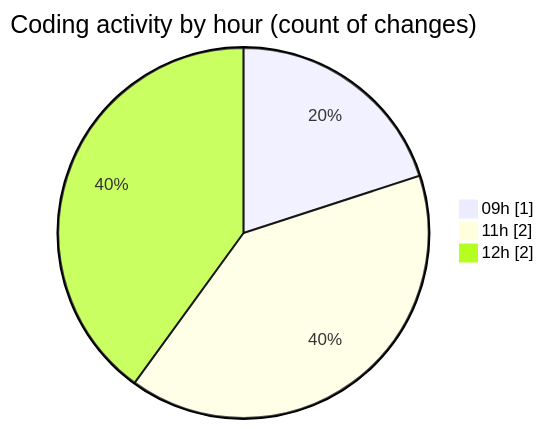
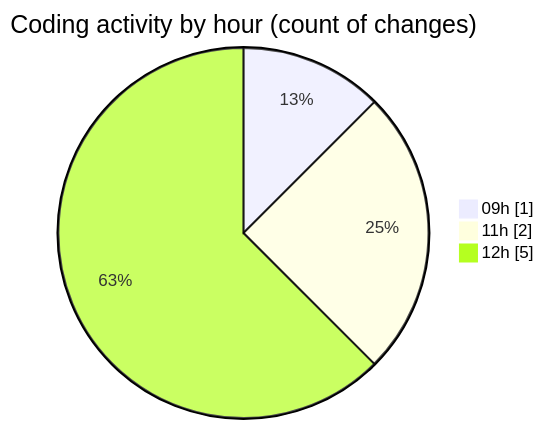
Before and after one commit to ricardozamudiocil/code-tracking: the second of 2 diagrams in 2026-09-17/cilreports__workspace_/README.md, drawn with Mermaid. The commit also changed other lines of this file and 2 other files, not shown here.

````diff
--- a/2026-09-17/cilreports__workspace_/README.md
+++ b/2026-09-17/cilreports__workspace_/README.md
@@ -31,7 +31,7 @@
 ```mermaid
 pie showData
 title Coding activity by hour (count of changes)
 "09h" : 1
 "11h" : 2
-"12h" : 2
+"12h" : 5
 ```
````
